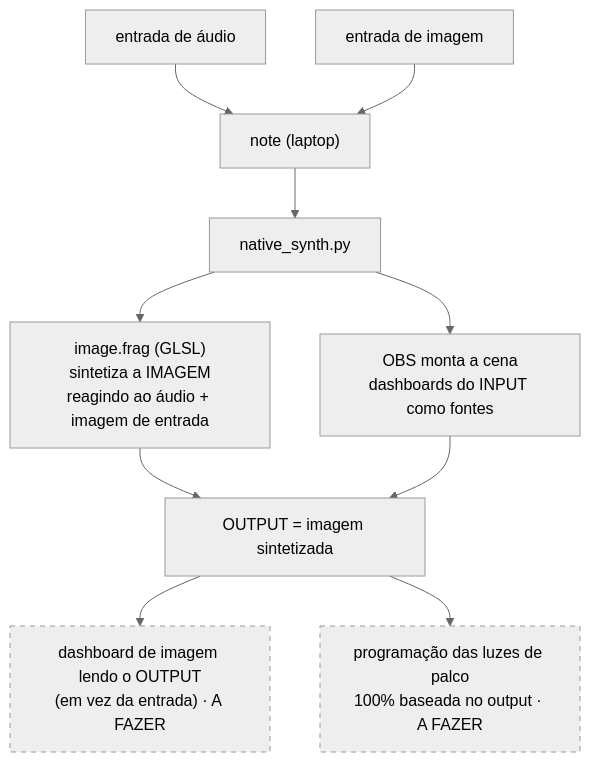
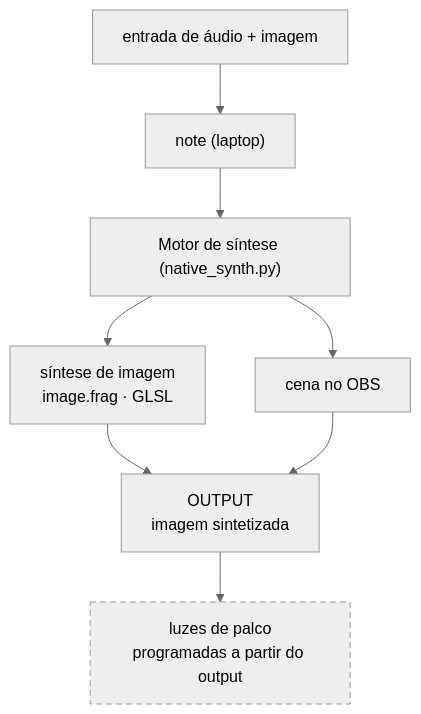
The second of 2 diagrams in README.md (paulocremas/cremas-synth-lab), drawn with Mermaid (neutral theme) before and after one commit. The commit also changed other lines of this file, not shown here.

Commit message:
Simplify flow 2: drop dashboard node, rename native_synth.py to "Motor de síntese"

````diff
--- a/README.md
+++ b/README.md
@@ -194,15 +194,13 @@
 ```mermaid
 flowchart TD
-    A1["entrada de áudio"] --> NOTE["note (laptop)"]
-    A2["entrada de imagem"] --> NOTE
-    NOTE --> NS["native_synth.py"]
-    NS --> SYN["image.frag (GLSL)<br/>sintetiza a IMAGEM<br/>reagindo ao áudio + imagem de entrada"]
-    NS --> OBS["OBS monta a cena<br/>dashboards do INPUT como fontes"]
-    SYN --> OUT["OUTPUT = imagem sintetizada"]
+    IN["entrada de áudio + imagem"] --> NOTE["note (laptop)"]
+    NOTE --> APP["Motor de síntese (native_synth.py)"]
+    APP --> SYN["síntese de imagem<br/>image.frag · GLSL"]
+    APP --> OBS["cena no OBS"]
+    SYN --> OUT["OUTPUT<br/>imagem sintetizada"]
     OBS --> OUT
-    OUT --> DASH2["dashboard de imagem lendo o OUTPUT<br/>(em vez da entrada) · A FAZER"]
-    OUT --> LIGHTS["programação das luzes de palco<br/>100% baseada no output · A FAZER"]
+    OUT --> LIGHTS["luzes de palco<br/>programadas a partir do output"]
 
-    classDef todo stroke-dasharray: 5 5;
-    class DASH2,LIGHTS todo;
+    classDef todo stroke-dasharray: 6 4;
+    class LIGHTS todo;
 ```
````
